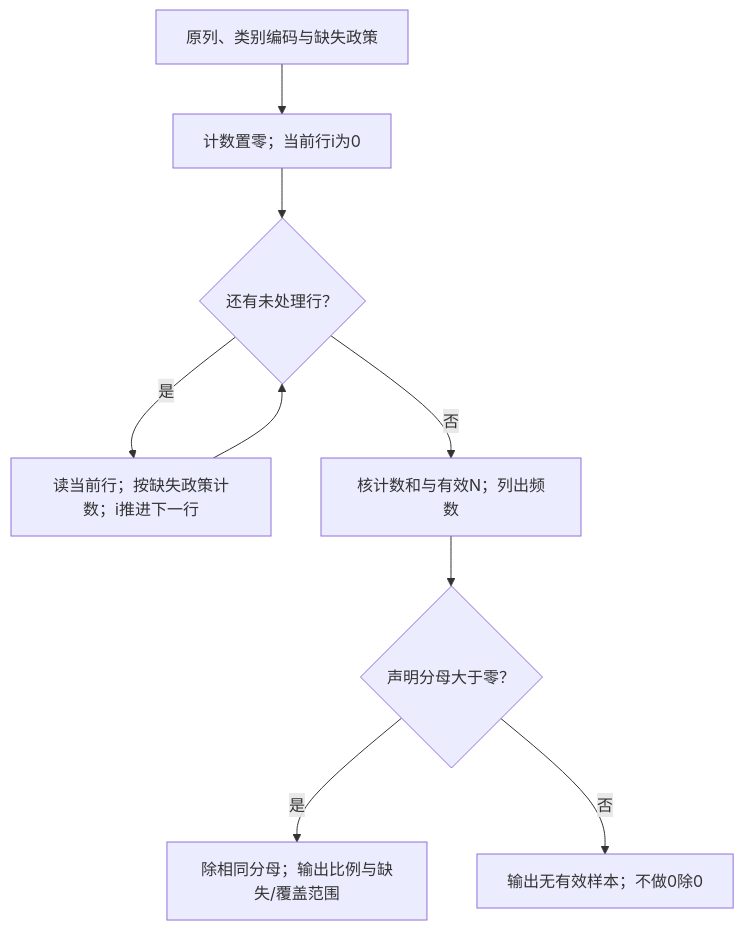
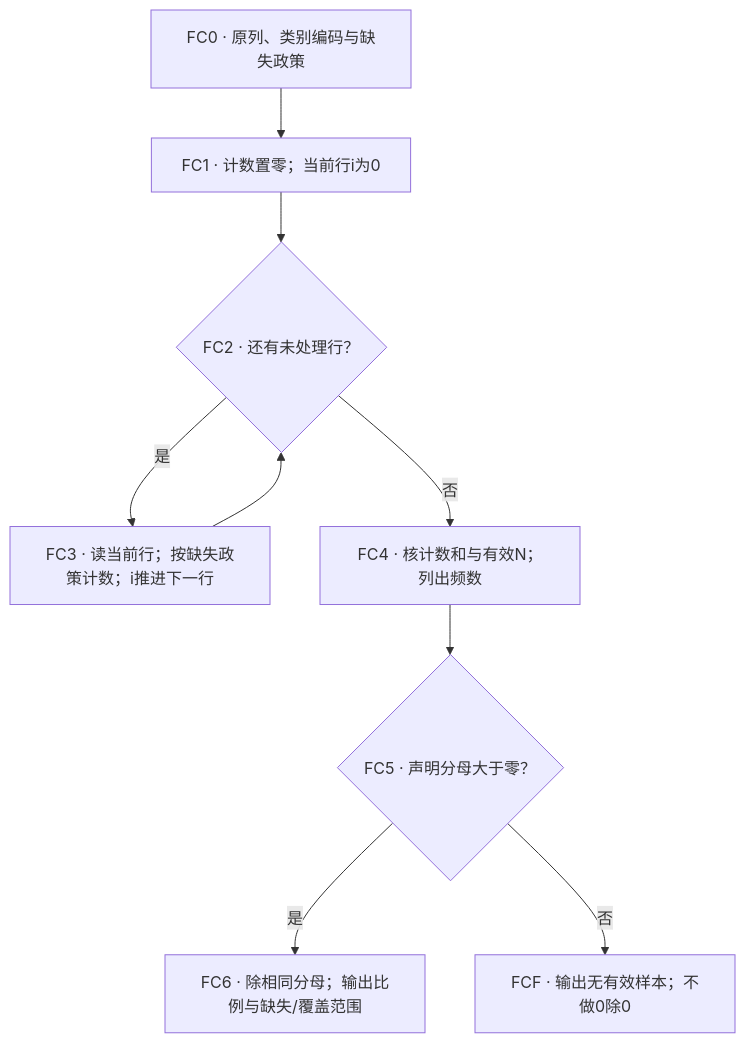
One commit to CercaTrovato/cityu-ai-course-notes changed the second of 20 diagrams in IS6400_Business_Data_Analytics/notes/M03-数据类型与描述性分析.md. Above: the diagram before and after it, drawn with Mermaid. The commit also changed other lines of this file and 40 other files, not shown here.

First line of the commit message:
完成 IS6400 M03 全篇审修、原题图保真与适用同步

````diff
--- a/IS6400_Business_Data_Analytics/notes/M03-数据类型与描述性分析.md
+++ b/IS6400_Business_Data_Analytics/notes/M03-数据类型与描述性分析.md
@@ -1277,11 +1401,11 @@
 ```mermaid
 flowchart TD
-    FC0["原列、类别编码与缺失政策"] --> FC1["计数置零；当前行i为0"]
-    FC1 --> FC2{"还有未处理行？"}
-    FC2 -->|是| FC3["读当前行；按缺失政策计数；i推进下一行"]
+    FC0["FC0 · 原列、类别编码与缺失政策"] --> FC1["FC1 · 计数置零；当前行i为0"]
+    FC1 --> FC2{"FC2 · 还有未处理行？"}
+    FC2 -->|是| FC3["FC3 · 读当前行；按缺失政策计数；i推进下一行"]
     FC3 --> FC2
-    FC2 -->|否| FC4["核计数和与有效N；列出频数"]
-    FC4 --> FC5{"声明分母大于零？"}
-    FC5 -->|是| FC6["除相同分母；输出比例与缺失/覆盖范围"]
-    FC5 -->|否| FCF["输出无有效样本；不做0除0"]
+    FC2 -->|否| FC4["FC4 · 核计数和与有效N；列出频数"]
+    FC4 --> FC5{"FC5 · 声明分母大于零？"}
+    FC5 -->|是| FC6["FC6 · 除相同分母；输出比例与缺失/覆盖范围"]
+    FC5 -->|否| FCF["FCF · 输出无有效样本；不做0除0"]
 ```
````
